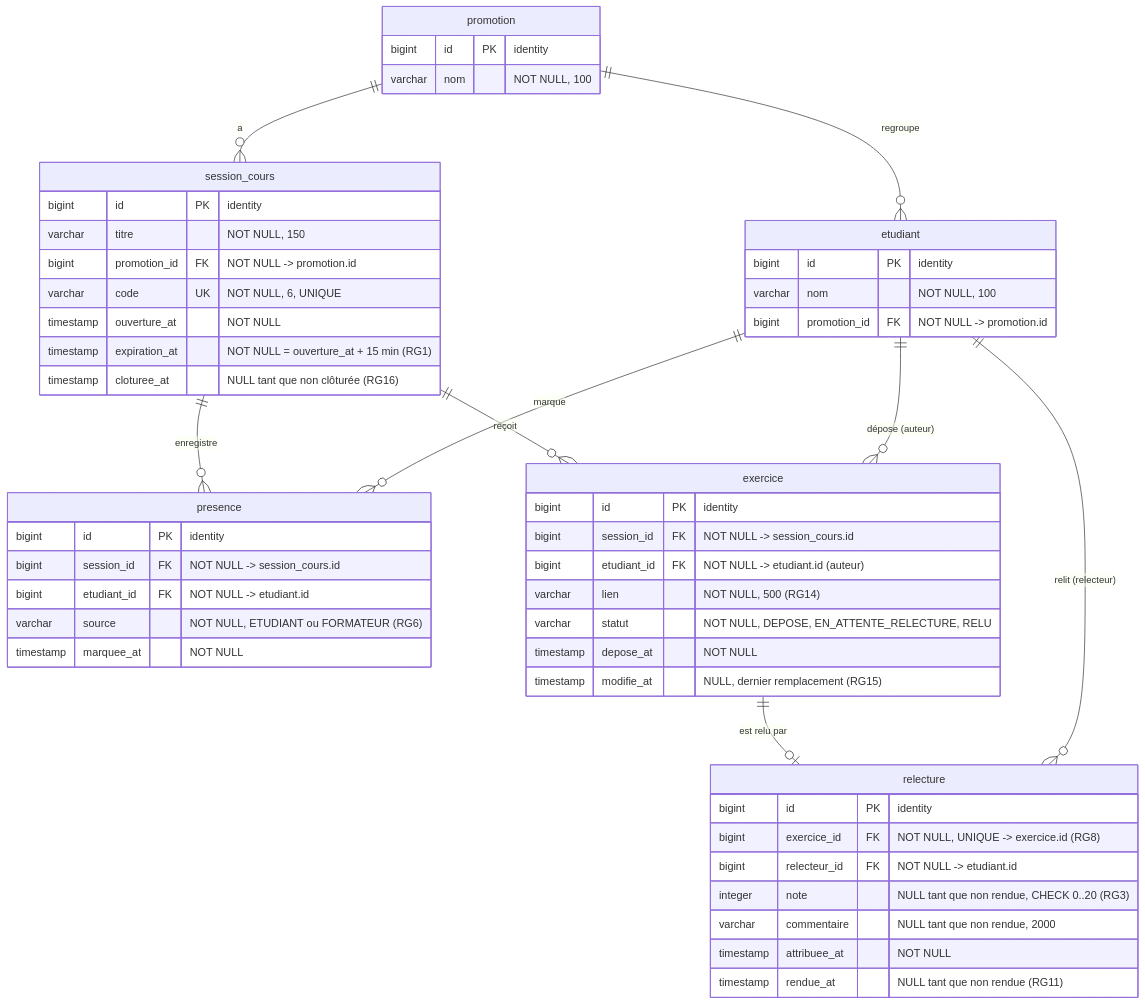
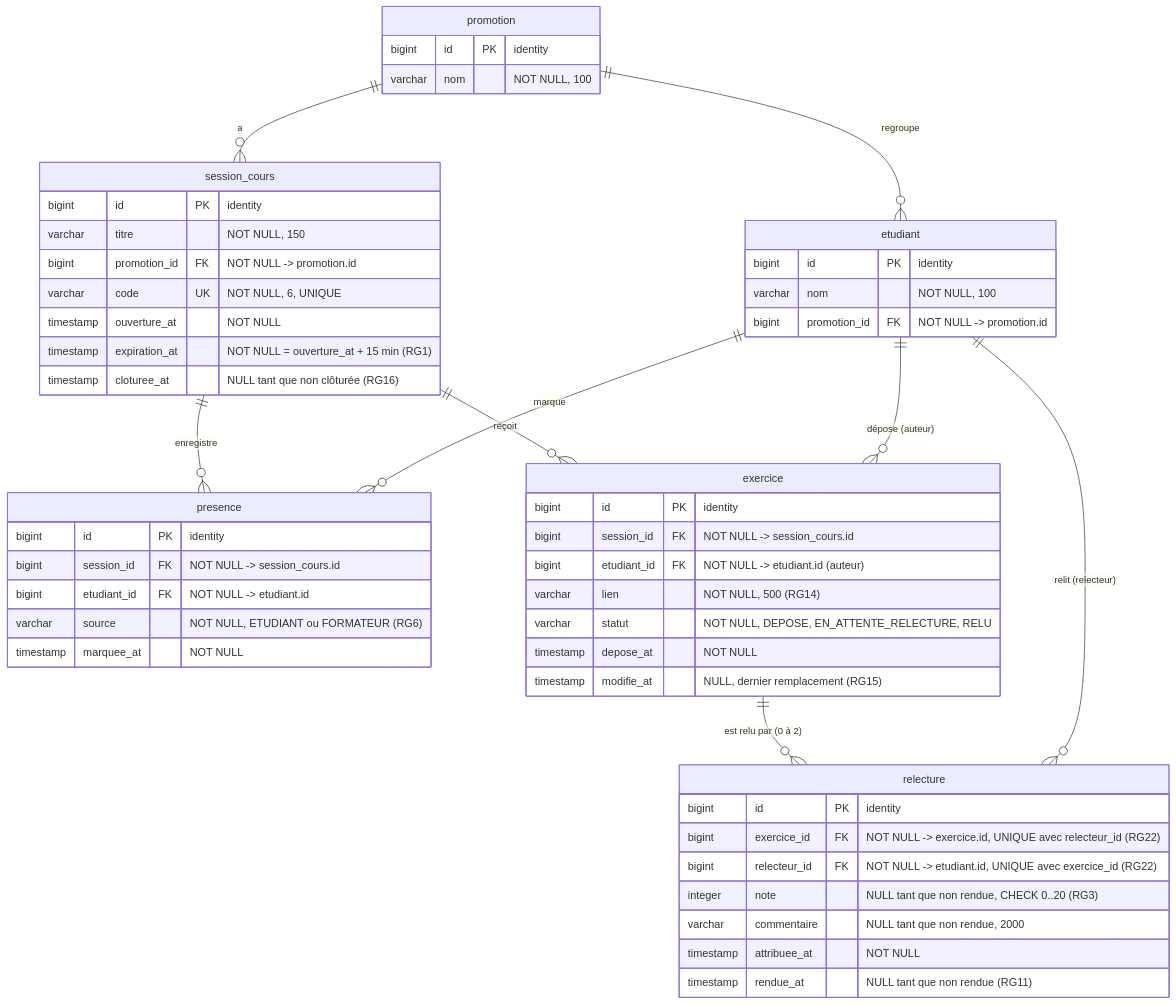
The diagram in docs/diagrammes/D2-modele-donnees.md (billysama10/kfokam48-epreuve-KF48-YAO-223), drawn with Mermaid before and after one commit. The commit also changed other lines of this file and 3 other files, not shown here.

Commit message:
docs: diagrammes D1 à D4 v2, conséquence du changement de besoin double relecture (#28, #29) ; D3 aligné sur le verrou du correctif #26

````diff
--- a/docs/diagrammes/D2-modele-donnees.md
+++ b/docs/diagrammes/D2-modele-donnees.md
@@ -13,60 +13,60 @@
 ```mermaid
 erDiagram
     promotion ||--o{ etudiant : "regroupe"
     promotion ||--o{ session_cours : "a"
     session_cours ||--o{ presence : "enregistre"
     etudiant ||--o{ presence : "marque"
     session_cours ||--o{ exercice : "reçoit"
     etudiant ||--o{ exercice : "dépose (auteur)"
-    exercice ||--o| relecture : "est relu par"
+    exercice ||--o{ relecture : "est relu par (0 à 2)"
     etudiant ||--o{ relecture : "relit (relecteur)"
 
     promotion {
         bigint id PK "identity"
         varchar nom "NOT NULL, 100"
     }
 
     etudiant {
         bigint id PK "identity"
         varchar nom "NOT NULL, 100"
         bigint promotion_id FK "NOT NULL -> promotion.id"
     }
 
     session_cours {
         bigint id PK "identity"
         varchar titre "NOT NULL, 150"
         bigint promotion_id FK "NOT NULL -> promotion.id"
         varchar code UK "NOT NULL, 6, UNIQUE"
         timestamp ouverture_at "NOT NULL"
         timestamp expiration_at "NOT NULL = ouverture_at + 15 min (RG1)"
         timestamp cloturee_at "NULL tant que non clôturée (RG16)"
     }
 
     presence {
         bigint id PK "identity"
         bigint session_id FK "NOT NULL -> session_cours.id"
         bigint etudiant_id FK "NOT NULL -> etudiant.id"
         varchar source "NOT NULL, ETUDIANT ou FORMATEUR (RG6)"
         timestamp marquee_at "NOT NULL"
     }
 
     exercice {
         bigint id PK "identity"
         bigint session_id FK "NOT NULL -> session_cours.id"
         bigint etudiant_id FK "NOT NULL -> etudiant.id (auteur)"
         varchar lien "NOT NULL, 500 (RG14)"
         varchar statut "NOT NULL, DEPOSE, EN_ATTENTE_RELECTURE, RELU"
         timestamp depose_at "NOT NULL"
         timestamp modifie_at "NULL, dernier remplacement (RG15)"
     }
 
     relecture {
         bigint id PK "identity"
-        bigint exercice_id FK "NOT NULL, UNIQUE -> exercice.id (RG8)"
-        bigint relecteur_id FK "NOT NULL -> etudiant.id"
+        bigint exercice_id FK "NOT NULL -> exercice.id, UNIQUE avec relecteur_id (RG22)"
+        bigint relecteur_id FK "NOT NULL -> etudiant.id, UNIQUE avec exercice_id (RG22)"
         integer note "NULL tant que non rendue, CHECK 0..20 (RG3)"
         varchar commentaire "NULL tant que non rendue, 2000"
         timestamp attribuee_at "NOT NULL"
         timestamp rendue_at "NULL tant que non rendue (RG11)"
     }
 ```
````
